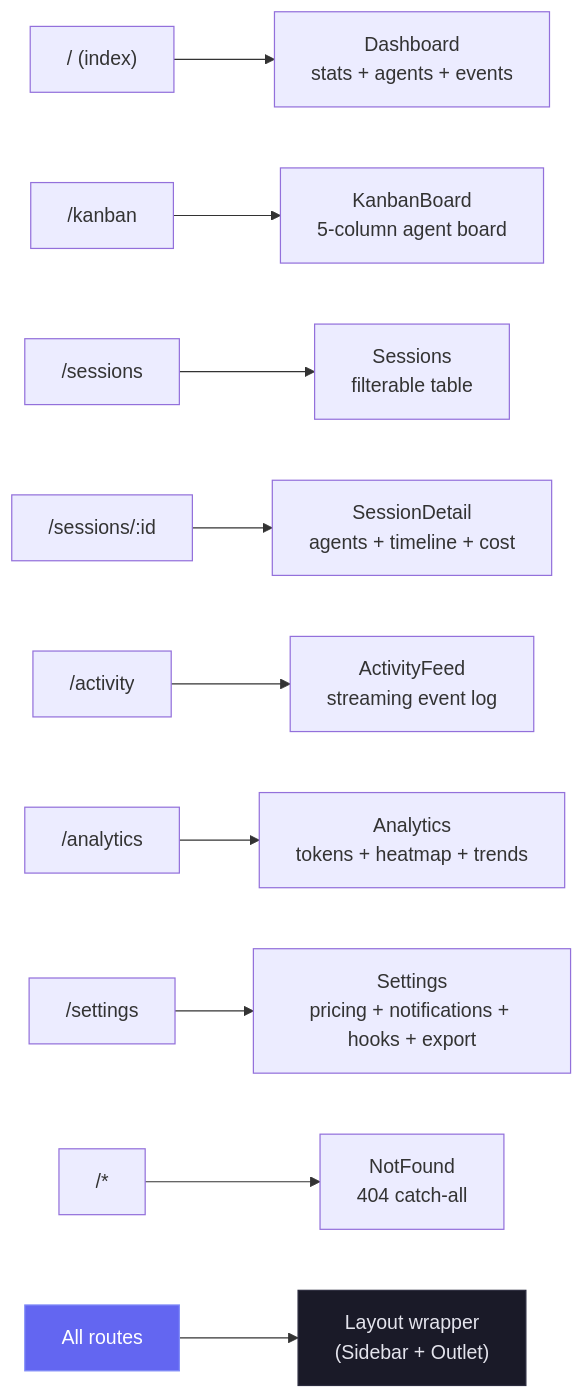
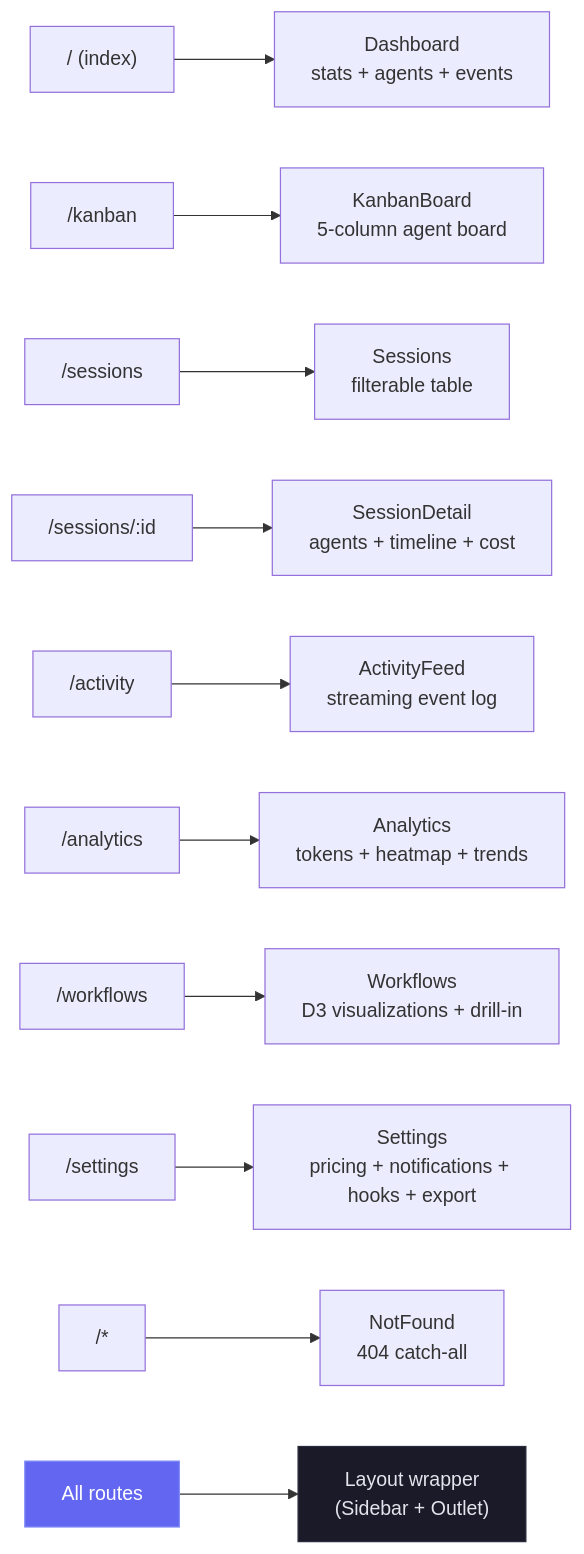
One commit to StrainReviews/Claude-Code-Agent-Monitor changed diagram 12 of 15 in README.md. Above: the diagram before and after it, drawn with Mermaid. The commit also changed other lines of this file and 29 other files, not shown here.

````diff
--- a/README.md
+++ b/README.md
@@ -787,16 +798,17 @@
 ```mermaid
 graph LR
     ROOT["/ (index)"] --> DASH["Dashboard<br/>stats + agents + events"]
     K["/kanban"] --> KANBAN["KanbanBoard<br/>5-column agent board"]
     S["/sessions"] --> SESS["Sessions<br/>filterable table"]
     D["/sessions/:id"] --> DETAIL["SessionDetail<br/>agents + timeline + cost"]
     A["/activity"] --> ACT["ActivityFeed<br/>streaming event log"]
     AN["/analytics"] --> ANALYTICS["Analytics<br/>tokens + heatmap + trends"]
+    WF["/workflows"] --> WORKFLOWS["Workflows<br/>D3 visualizations + drill-in"]
     ST["/settings"] --> SETTINGS["Settings<br/>pricing + notifications + hooks + export"]
     NF["/*"] --> NOTFOUND["NotFound<br/>404 catch-all"]
 
     ALL["All routes"] --> LAYOUT["Layout wrapper<br/>(Sidebar + Outlet)"]
 
     style ALL fill:#6366f1,stroke:#818cf8,color:#fff
     style LAYOUT fill:#1a1a28,stroke:#2a2a3d,color:#e4e4ed
 ```
````
